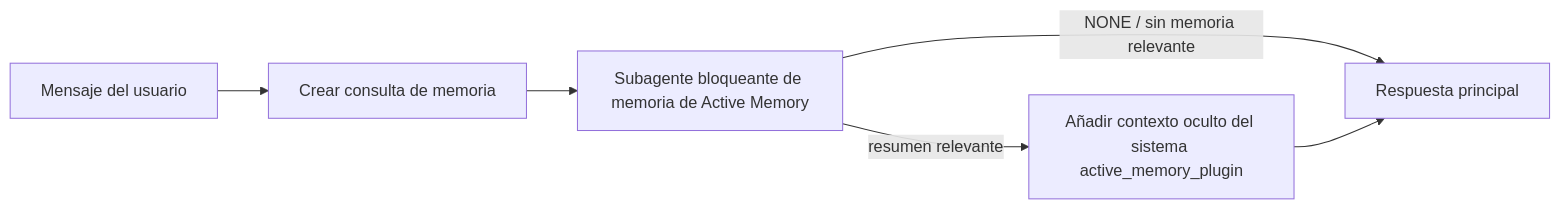
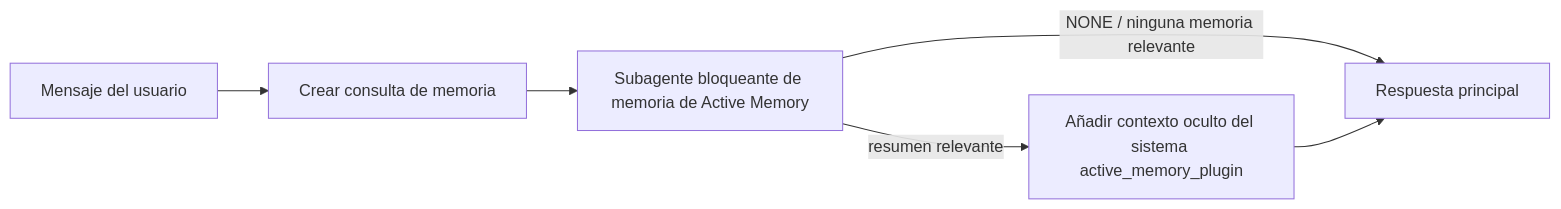
The diagram in docs/es/concepts/active-memory.md (openclaw/docs), drawn with Mermaid before and after one commit. The commit also changed other lines of this file and 6121 other files, not shown here.

````diff
--- a/docs/es/concepts/active-memory.md
+++ b/docs/es/concepts/active-memory.md
@@ -83,8 +85,8 @@
 ```mermaid
 flowchart LR
   U["Mensaje del usuario"] --> Q["Crear consulta de memoria"]
   Q --> R["Subagente bloqueante de memoria de Active Memory"]
-  R -->|NONE / sin memoria relevante| M["Respuesta principal"]
+  R -->|NONE / ninguna memoria relevante| M["Respuesta principal"]
   R -->|resumen relevante| I["Añadir contexto oculto del sistema active_memory_plugin"]
   I --> M["Respuesta principal"]
 ```
````
